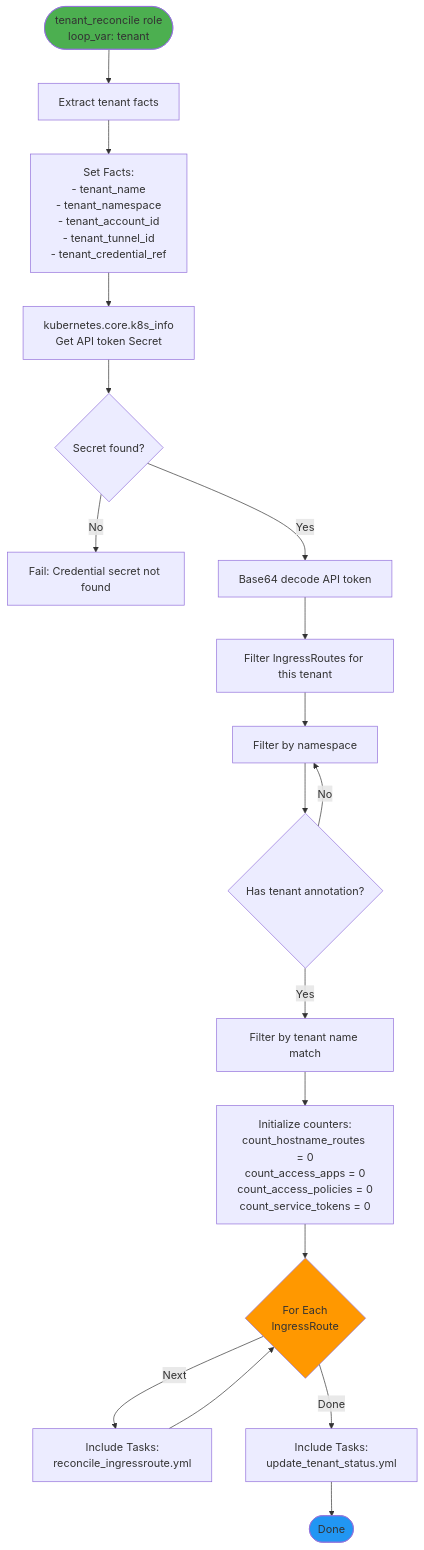
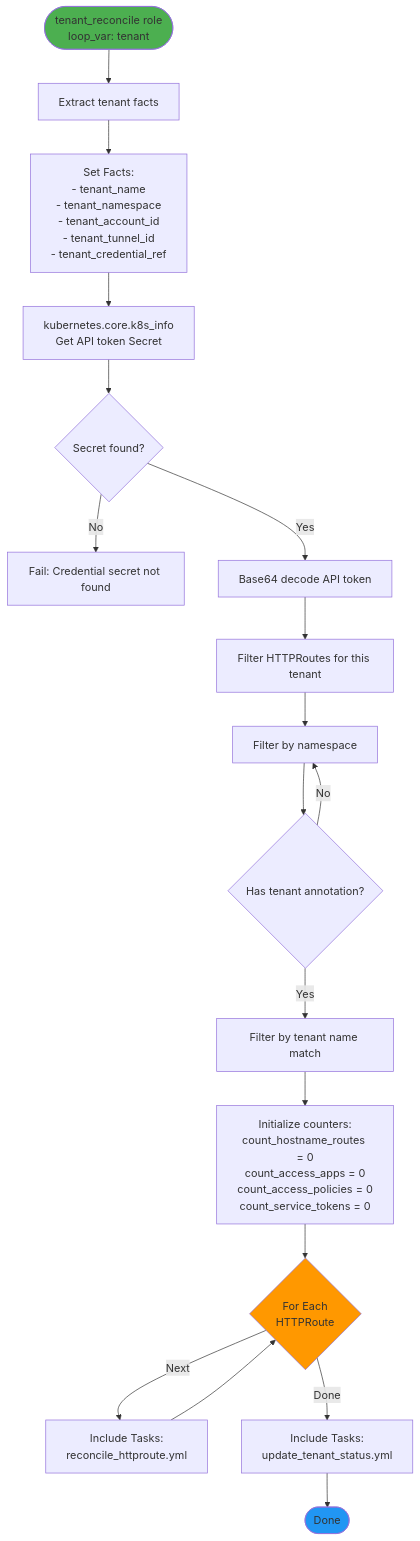
The tenth of 20 diagrams in docs/flow.md (wheetazlab/cloudflare-zero-trust-operator), drawn with Mermaid before and after one commit. The commit also changed other lines of this file and 24 other files, not shown here.

````diff
--- a/docs/flow.md
+++ b/docs/flow.md
@@ -654,35 +654,35 @@
 ```mermaid
 flowchart TD
     START([tenant_reconcile role<br/>loop_var: tenant]) --> EXTRACT[Extract tenant facts]
     
     EXTRACT --> SET_FACTS[Set Facts:<br/>- tenant_name<br/>- tenant_namespace<br/>- tenant_account_id<br/>- tenant_tunnel_id<br/>- tenant_credential_ref]
     
     SET_FACTS --> GET_SECRET[kubernetes.core.k8s_info<br/>Get API token Secret]
     
     GET_SECRET --> CHECK_SECRET{Secret found?}
     CHECK_SECRET -->|No| FAIL[Fail: Credential secret not found]
     CHECK_SECRET -->|Yes| DECODE[Base64 decode API token]
     
-    DECODE --> FILTER_IR[Filter IngressRoutes for this tenant]
+    DECODE --> FILTER_IR[Filter HTTPRoutes for this tenant]
     
     FILTER_IR --> FILTER_NS[Filter by namespace]
     FILTER_NS --> FILTER_ANNO{Has tenant annotation?}
     
     FILTER_ANNO -->|Yes| FILTER_MATCH[Filter by tenant name match]
     FILTER_ANNO -->|No| FILTER_NS
     
     FILTER_MATCH --> INIT_COUNT[Initialize counters:<br/>count_hostname_routes = 0<br/>count_access_apps = 0<br/>count_access_policies = 0<br/>count_service_tokens = 0]
     
-    INIT_COUNT --> IR_LOOP{For Each<br/>IngressRoute}
+    INIT_COUNT --> IR_LOOP{For Each<br/>HTTPRoute}
     
-    IR_LOOP -->|Next| RECON_IR[Include Tasks:<br/>reconcile_ingressroute.yml]
+    IR_LOOP -->|Next| RECON_IR[Include Tasks:<br/>reconcile_httproute.yml]
     IR_LOOP -->|Done| UPDATE_STATUS[Include Tasks:<br/>update_tenant_status.yml]
     
     RECON_IR --> IR_LOOP
     
     UPDATE_STATUS --> END([Done])
     
     style START fill:#4CAF50
     style IR_LOOP fill:#FF9800
     style END fill:#2196F3
 ```
````
